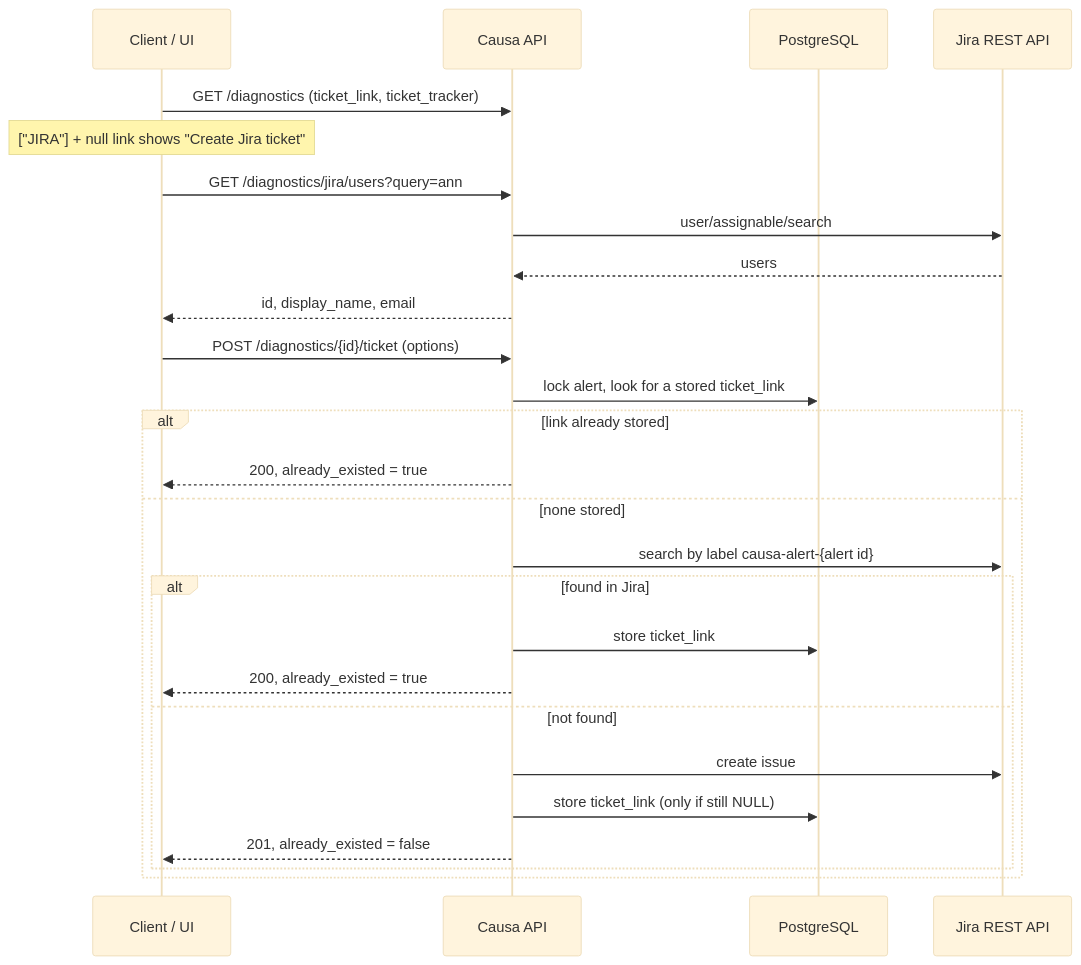
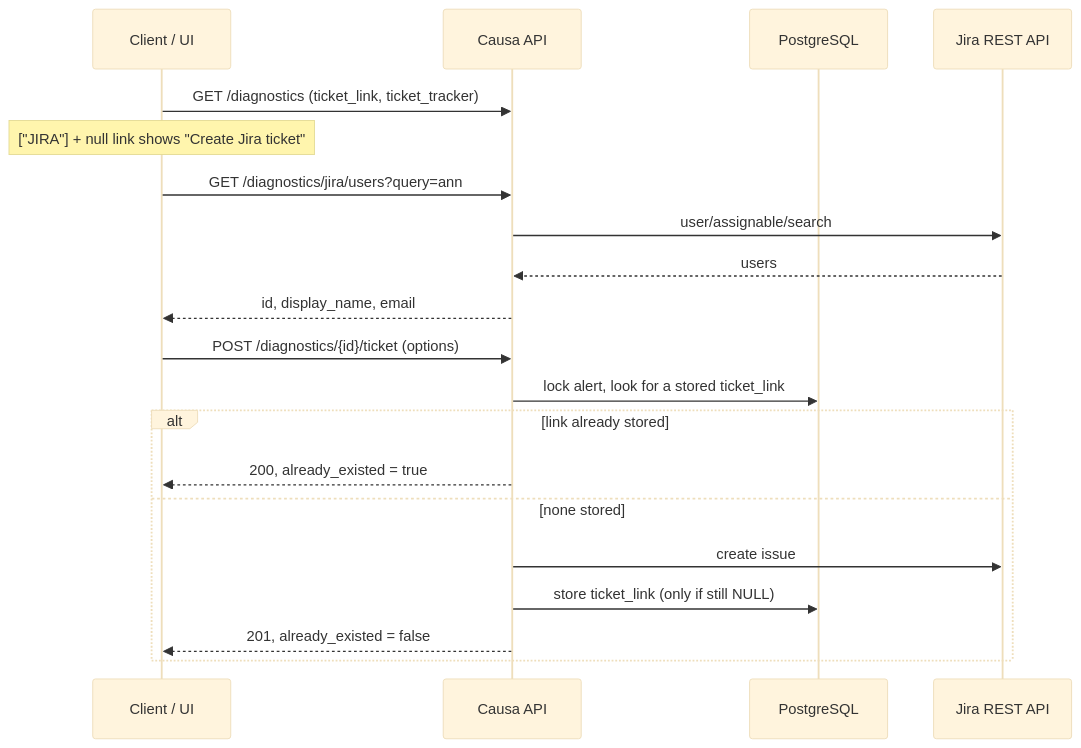
One commit to causaai/causa changed the diagram in docs/integrations/jira.md. Above: the diagram before and after it, drawn with Mermaid (base theme). The commit also changed other lines of this file and 1 other file, not shown here.

Commit message:
fix: update Jira docs for fixed causa-diagnosis label

````diff
--- a/docs/integrations/jira.md
+++ b/docs/integrations/jira.md
@@ -26,29 +26,23 @@
 ```mermaid
 sequenceDiagram
     participant UI as Client / UI
     participant API as Causa API
     participant DB as PostgreSQL
     participant Jira as Jira REST API
 
     UI->>API: GET /diagnostics (ticket_link, ticket_tracker)
     Note over UI: ["JIRA"] + null link shows "Create Jira ticket"
     UI->>API: GET /diagnostics/jira/users?query=ann
     API->>Jira: user/assignable/search
     Jira-->>API: users
     API-->>UI: id, display_name, email
     UI->>API: POST /diagnostics/{id}/ticket (options)
     API->>DB: lock alert, look for a stored ticket_link
     alt link already stored
         API-->>UI: 200, already_existed = true
     else none stored
-        API->>Jira: search by label causa-alert-{alert id}
-        alt found in Jira
-            API->>DB: store ticket_link
-            API-->>UI: 200, already_existed = true
-        else not found
-            API->>Jira: create issue
-            API->>DB: store ticket_link (only if still NULL)
-            API-->>UI: 201, already_existed = false
-        end
+        API->>Jira: create issue
+        API->>DB: store ticket_link (only if still NULL)
+        API-->>UI: 201, already_existed = false
     end
 ```
````
